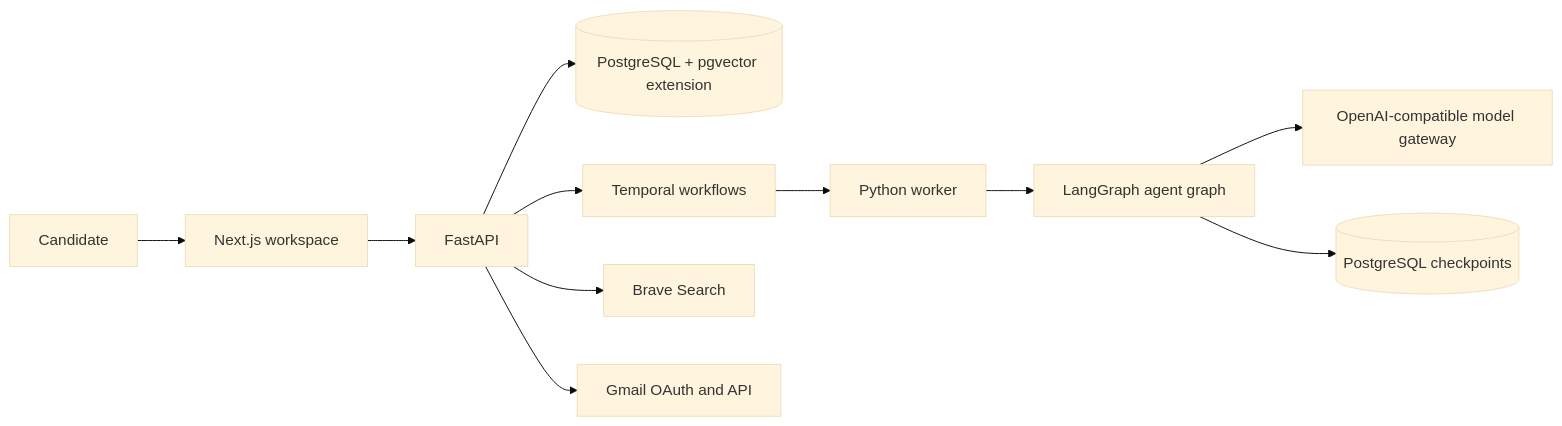
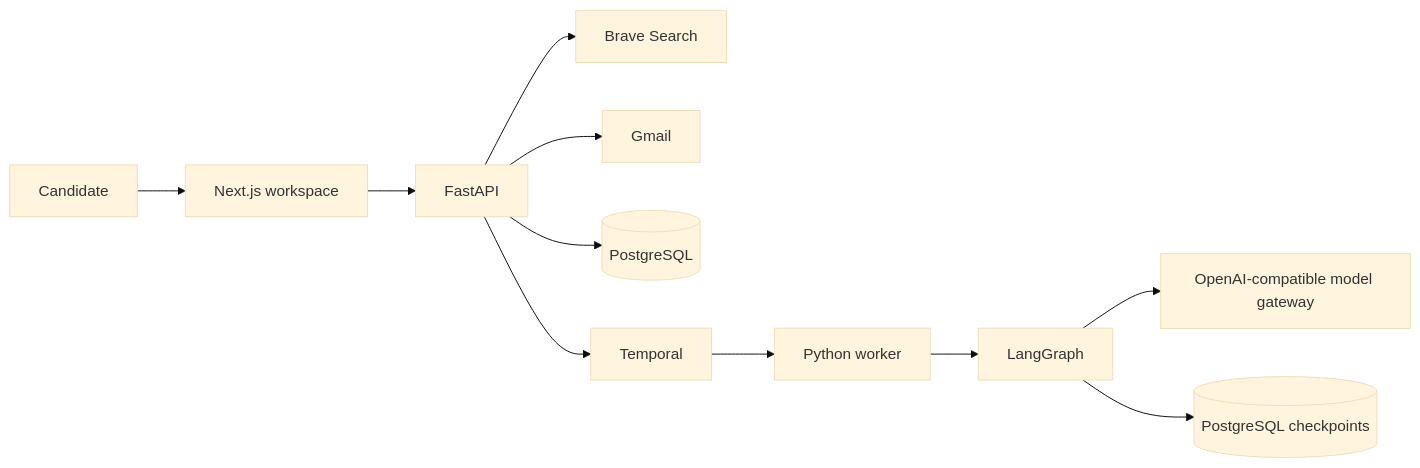
The diagram in README.md (ashucfx/careerreach-ai), drawn with Mermaid (base theme) before and after one commit. The commit also changed other lines of this file, not shown here.

````diff
--- a/README.md
+++ b/README.md
@@ -35,13 +53,13 @@
 ```mermaid
 flowchart LR
     Candidate[Candidate] --> Web[Next.js workspace]
     Web --> API[FastAPI]
-    API --> Postgres[(PostgreSQL + pgvector extension)]
-    API --> Temporal[Temporal workflows]
+    API --> Search[Brave Search]
+    API --> Gmail[Gmail]
+    API --> DB[(PostgreSQL)]
+    API --> Temporal[Temporal]
     Temporal --> Worker[Python worker]
-    Worker --> Graph[LangGraph agent graph]
-    Graph --> Models[OpenAI-compatible model gateway]
-    API --> Brave[Brave Search]
-    API --> Gmail[Gmail OAuth and API]
+    Worker --> Graph[LangGraph]
+    Graph --> Model[OpenAI-compatible model gateway]
     Graph --> Checkpoints[(PostgreSQL checkpoints)]
 ```
````
